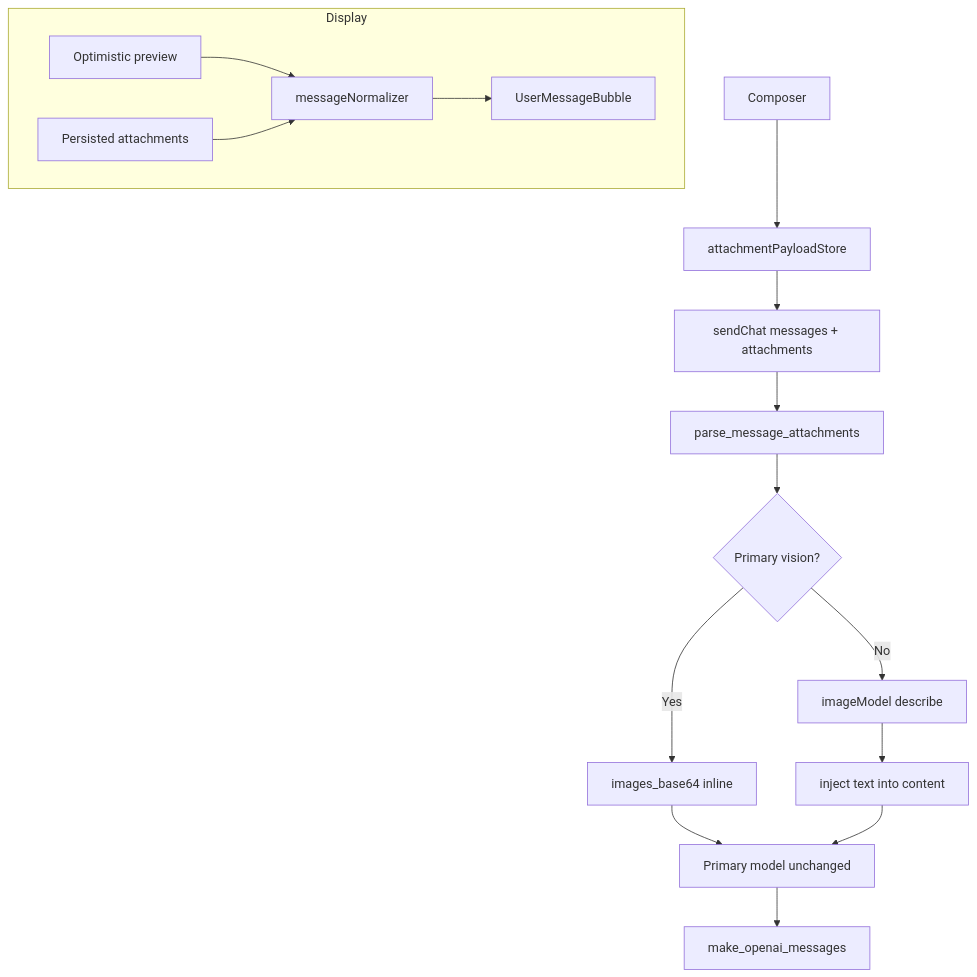
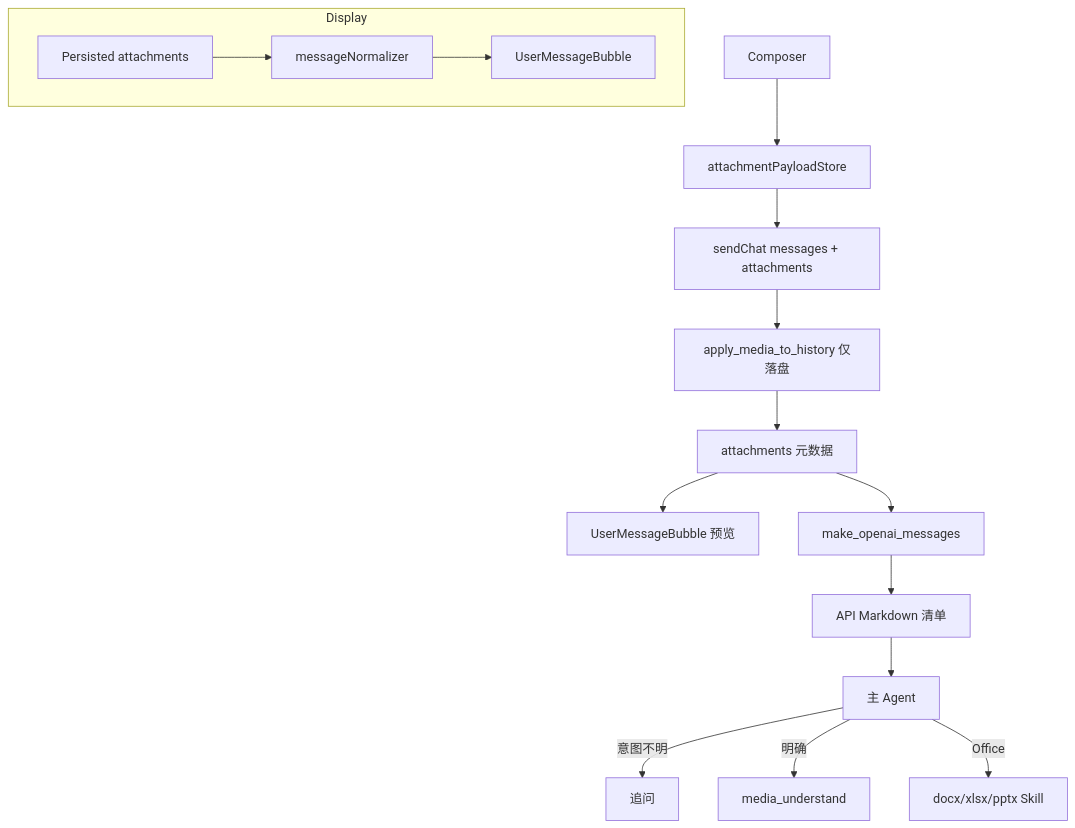
The first of 2 diagrams in docs/design/multimedia-support.md (chinphing/agent-pointer), drawn with Mermaid before and after one commit. The commit also changed other lines of this file and 202 other files, not shown here.

First line of the commit message:
Add on-demand media understanding and bundle Anthropic Office skills.

````diff
--- a/docs/design/multimedia-support.md
+++ b/docs/design/multimedia-support.md
@@ -19,19 +21,19 @@
 ```mermaid
 flowchart TD
     Composer[Composer] --> PayloadStore[attachmentPayloadStore]
     PayloadStore --> Send[sendChat messages + attachments]
-    Send --> Parse[parse_message_attachments]
-    Parse --> Branch{Primary vision?}
-    Branch -->|Yes| Inline[images_base64 inline]
-    Branch -->|No| ImageModel[imageModel describe]
-    ImageModel --> Inject[inject text into content]
-    Inline --> PrimaryLLM[Primary model unchanged]
-    Inject --> PrimaryLLM
-    PrimaryLLM --> MakeOpenAI[make_openai_messages]
+    Send --> Apply[apply_media_to_history 仅落盘]
+    Apply --> Attachments[attachments 元数据]
+    Attachments --> UI[UserMessageBubble 预览]
+    Attachments --> MakeOpenAI[make_openai_messages]
+    MakeOpenAI --> Manifest[API Markdown 清单]
+    Manifest --> Agent[主 Agent]
+    Agent -->|意图不明| Clarify[追问]
+    Agent -->|明确| MediaUnderstand[media_understand]
+    Agent -->|Office| OfficeSkill[docx/xlsx/pptx Skill]
 
     subgraph display [Display]
-        Optimistic[Optimistic preview] --> Normalizer[messageNormalizer]
-        Persisted[Persisted attachments] --> Normalizer
+        Persisted[Persisted attachments] --> Normalizer[messageNormalizer]
         Normalizer --> Bubble[UserMessageBubble]
     end
 ```
````
